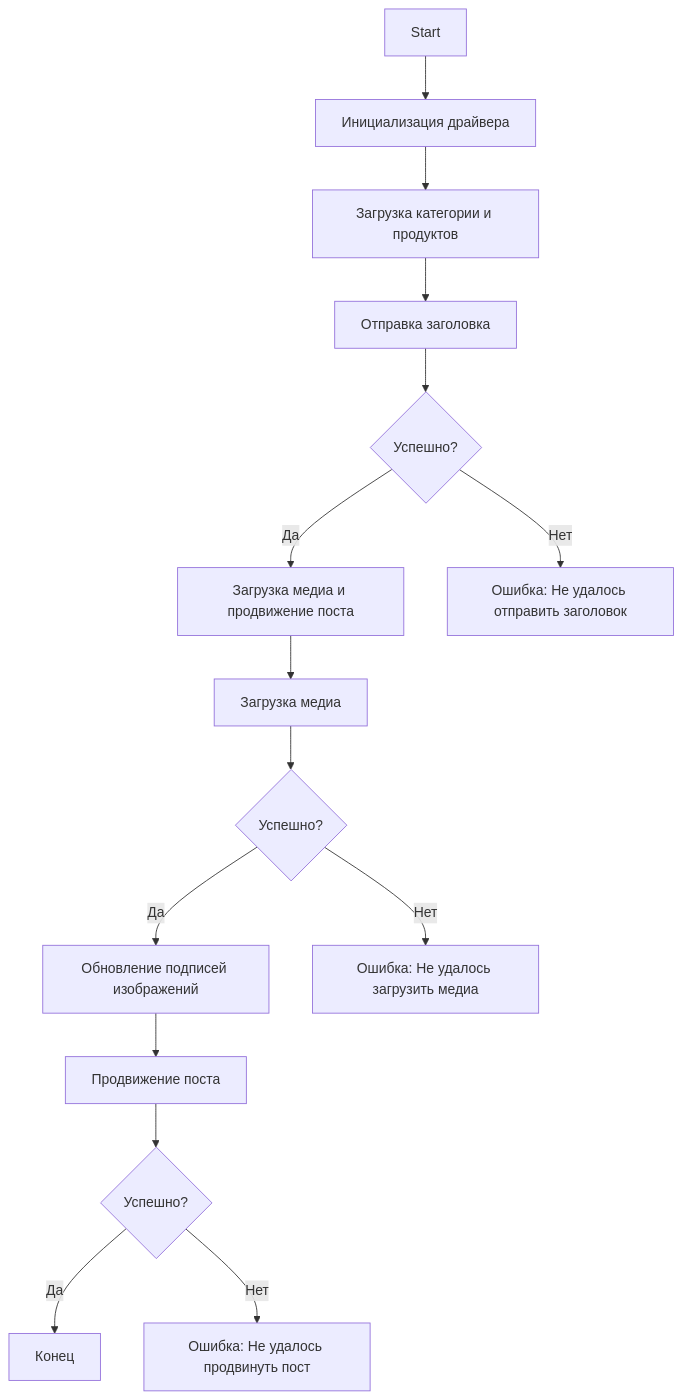
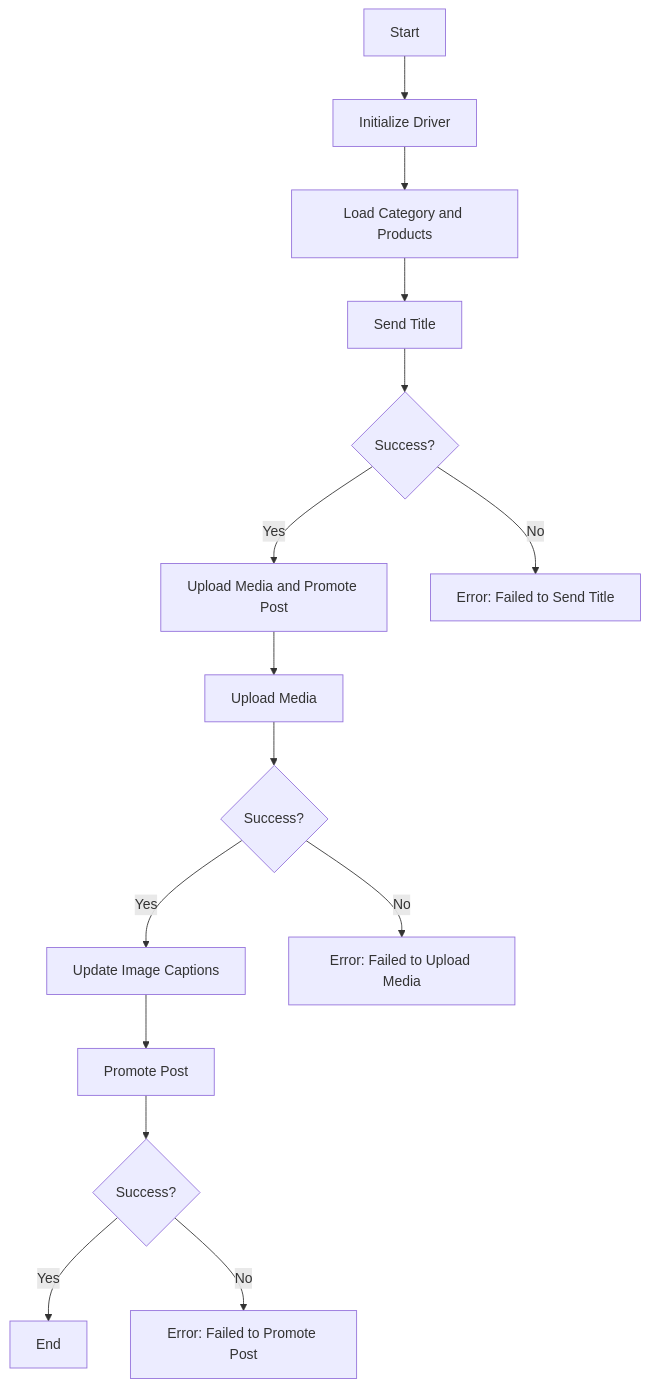
Before and after one commit to hypo69/hypo: the diagram in docs/gemini/ru/doc/src/endpoints/advertisement/facebook/scenarios/post_message_async.md, drawn with Mermaid. The commit also changed other lines of this file and 881 other files, not shown here.

````diff
--- a/docs/gemini/ru/doc/src/endpoints/advertisement/facebook/scenarios/post_message_async.md
+++ b/docs/gemini/ru/doc/src/endpoints/advertisement/facebook/scenarios/post_message_async.md
@@ -15,17 +15,17 @@
 ```mermaid
 graph TD
-    Start[Start] --> InitDriver[Инициализация драйвера]
-    InitDriver --> LoadCategoryAndProducts[Загрузка категории и продуктов]
-    LoadCategoryAndProducts --> SendTitle[Отправка заголовка]
-    SendTitle --> CheckTitleSuccess{Успешно?}
-    CheckTitleSuccess -->|Да| UploadMediaAndPromotePost[Загрузка медиа и продвижение поста]
-    CheckTitleSuccess -->|Нет| TitleError[Ошибка: Не удалось отправить заголовок]
-    UploadMediaAndPromotePost --> UploadMedia[Загрузка медиа]
-    UploadMedia --> CheckMediaSuccess{Успешно?}
-    CheckMediaSuccess -->|Да| UpdateCaptions[Обновление подписей изображений]
-    CheckMediaSuccess -->|Нет| MediaError[Ошибка: Не удалось загрузить медиа]
-    UpdateCaptions --> PromotePost[Продвижение поста]
-    PromotePost --> CheckPromoteSuccess{Успешно?}
-    CheckPromoteSuccess -->|Да| End[Конец]
-    CheckPromoteSuccess -->|Нет| PromoteError[Ошибка: Не удалось продвинуть пост]
+    Start[Start] --> InitDriver[Initialize Driver]
+    InitDriver --> LoadCategoryAndProducts[Load Category and Products]
+    LoadCategoryAndProducts --> SendTitle[Send Title]
+    SendTitle --> CheckTitleSuccess{Success?}
+    CheckTitleSuccess -->|Yes| UploadMediaAndPromotePost[Upload Media and Promote Post]
+    CheckTitleSuccess -->|No| TitleError[Error: Failed to Send Title]
+    UploadMediaAndPromotePost --> UploadMedia[Upload Media]
+    UploadMedia --> CheckMediaSuccess{Success?}
+    CheckMediaSuccess -->|Yes| UpdateCaptions[Update Image Captions]
+    CheckMediaSuccess -->|No| MediaError[Error: Failed to Upload Media]
+    UpdateCaptions --> PromotePost[Promote Post]
+    PromotePost --> CheckPromoteSuccess{Success?}
+    CheckPromoteSuccess -->|Yes| End[End]
+    CheckPromoteSuccess -->|No| PromoteError[Error: Failed to Promote Post]
 ```
````
